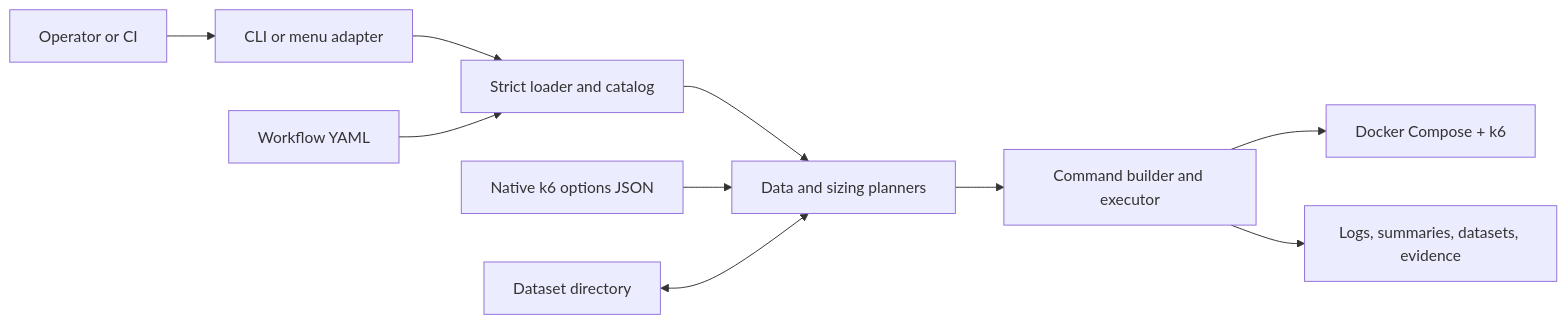
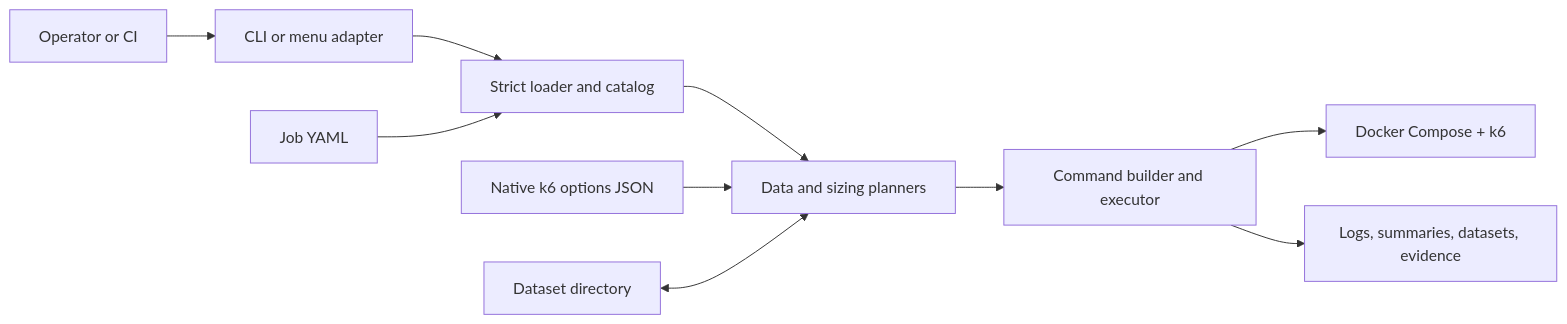
Before and after one commit to nicopizar00/punch: the diagram in docs/architecture/reference-architecture-and-implementation-guide.md, drawn with Mermaid. The commit also changed other lines of this file and 3 other files, not shown here.

````diff
--- a/docs/architecture/reference-architecture-and-implementation-guide.md
+++ b/docs/architecture/reference-architecture-and-implementation-guide.md
@@ -24,12 +41,12 @@
 ```mermaid
 flowchart LR
   User["Operator or CI"] --> Adapter["CLI or menu adapter"]
   Adapter --> Loader["Strict loader and catalog"]
   Loader --> Planner["Data and sizing planners"]
   Planner --> Executor["Command builder and executor"]
-  Workflows["Workflow YAML"] --> Loader
+  Jobs["Job YAML"] --> Loader
   Options["Native k6 options JSON"] --> Planner
   Data["Dataset directory"] <--> Planner
   Executor --> Compose["Docker Compose + k6"]
   Executor --> Artifacts["Logs, summaries, datasets, evidence"]
 ```
````
